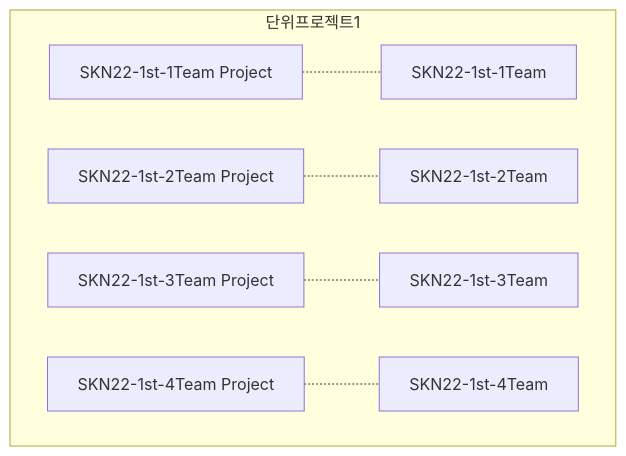
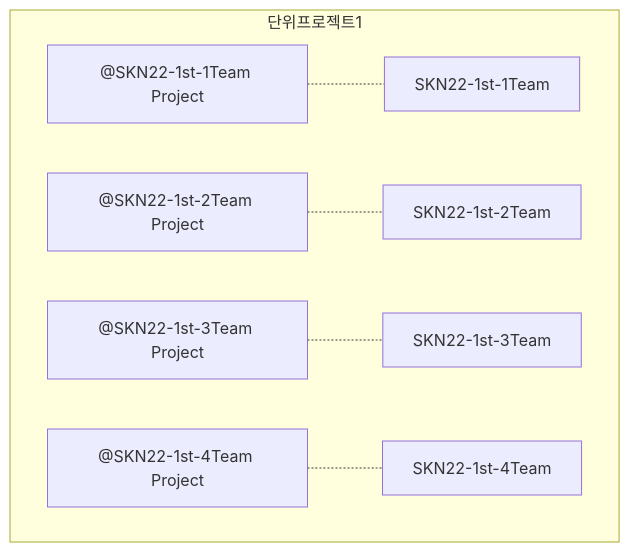
Before and after one commit to skn-ai22-251029/.github: the second of 2 diagrams in profile/README.md, drawn with Mermaid.

````diff
--- a/profile/README.md
+++ b/profile/README.md
@@ -38,34 +38,34 @@
 ```mermaid
 graph TD
     
     subgraph 단위프로젝트1
-        A1[SKN22-1st-1Team Project]
-        A2[SKN22-1st-2Team Project]
-        A3[SKN22-1st-3Team Project]
-        A4[SKN22-1st-4Team Project]
+        A1[#64;SKN22-1st-1Team Project]
+        A2[#64;SKN22-1st-2Team Project]
+        A3[#64;SKN22-1st-3Team Project]
+        A4[#64;SKN22-1st-4Team Project]
 
         %% B1["SKN22-1st-1Team<br><sub>세부내용</sub>"]
         B1[SKN22-1st-1Team<br>]
         B2[SKN22-1st-2Team<br>]
         B3[SKN22-1st-3Team<br>]
         B4[SKN22-1st-4Team<br>]
 
         A1 -.- B1
         A2 -.- B2
         A3 -.- B3
         A4 -.- B4
 
             
 
     end
     click A1 "https://github.com/orgs/skn-ai22-251029/projects/5" "SKN22-1st-1Team"
     click A2 "https://github.com/orgs/skn-ai22-251029/projects/6" "SKN22-1st-2Team"
     click A3 "https://github.com/orgs/skn-ai22-251029/projects/7" "SKN22-1st-3Team"
     click A4 "https://github.com/orgs/skn-ai22-251029/projects/8" "SKN22-1st-4Team"
 
     click B1 "https://github.com/skn-ai22-251029/SKN22-1st-1Team" "SKN22-1st-1Team"
     click B2 "https://github.com/skn-ai22-251029/SKN22-1st-2Team" "SKN22-1st-2Team"
     click B3 "https://github.com/skn-ai22-251029/SKN22-1st-3Team" "SKN22-1st-3Team"
     click B4 "https://github.com/skn-ai22-251029/SKN22-1st-4Team" "SKN22-1st-4Team"
 
 ```
````
